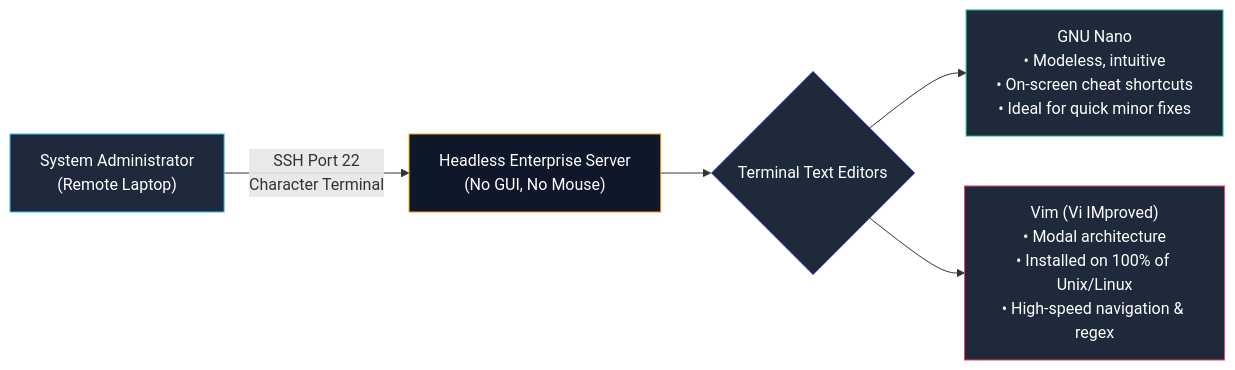
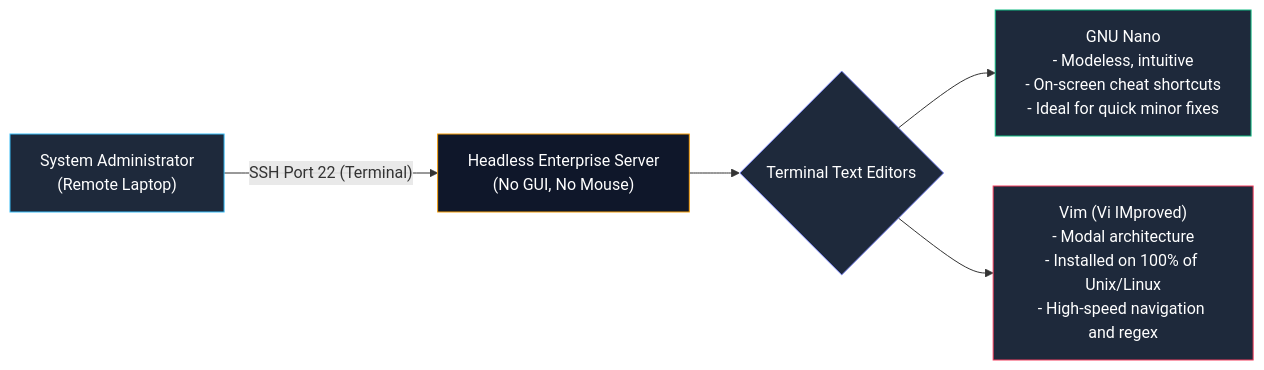
The first of 3 diagrams in System-and-Network-Administrator/03-Linux-Fundamentals/07-Vim-and-Nano.md (Kashif-Mashi/Blue-Team-Handbook), drawn with Mermaid before and after one commit. The commit also changed other lines of this file and 13 other files, not shown here.

Commit message:
Verification & Fixes: Mermaid Diagrams Across the Repository

````diff
--- a/System-and-Network-Administrator/03-Linux-Fundamentals/07-Vim-and-Nano.md
+++ b/System-and-Network-Administrator/03-Linux-Fundamentals/07-Vim-and-Nano.md
@@ -35,13 +35,13 @@
 ```mermaid
 flowchart LR
-    ADMIN["System Administrator<br/>(Remote Laptop)"] -->|SSH Port 22<br/>Character Terminal| SERVER["Headless Enterprise Server<br/>(No GUI, No Mouse)"]
+    ADMIN["System Administrator<br/>(Remote Laptop)"] -->|"SSH Port 22 (Terminal)"| SERVER["Headless Enterprise Server<br/>(No GUI, No Mouse)"]
     SERVER --> EDITORS{"Terminal Text Editors"}
-    EDITORS --> NANO["GNU Nano<br/>• Modeless, intuitive<br/>• On-screen cheat shortcuts<br/>• Ideal for quick minor fixes"]
-    EDITORS --> VIM["Vim (Vi IMproved)<br/>• Modal architecture<br/>• Installed on 100% of Unix/Linux<br/>• High-speed navigation & regex"]
+    EDITORS --> NANO["GNU Nano<br/>- Modeless, intuitive<br/>- On-screen cheat shortcuts<br/>- Ideal for quick minor fixes"]
+    EDITORS --> VIM["Vim (Vi IMproved)<br/>- Modal architecture<br/>- Installed on 100% of Unix/Linux<br/>- High-speed navigation and regex"]
 
     style ADMIN fill:#1e293b,stroke:#38bdf8,color:#fff
     style SERVER fill:#0f172a,stroke:#f59e0b,color:#fff
     style EDITORS fill:#1e293b,stroke:#818cf8,color:#fff
     style NANO fill:#1e293b,stroke:#10b981,color:#fff
     style VIM fill:#1e293b,stroke:#f43f5e,color:#fff
 ```
````
